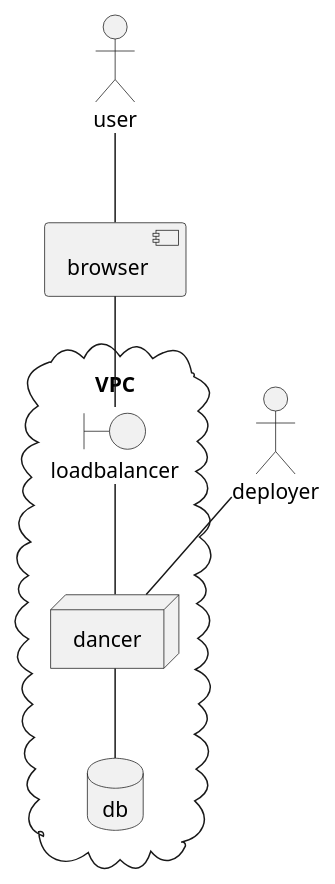
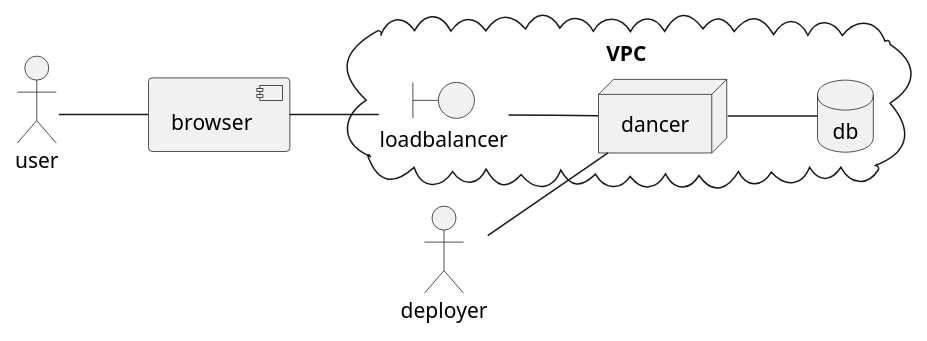
The diagram in src/main/jbake/content/documentation/index.adoc (dancier/documentation), drawn with PlantUML before and after one commit. The commit also changed 1 other file, not shown here.

Commit message:
changed layout

```diff
--- a/src/main/jbake/content/documentation/index.adoc
+++ b/src/main/jbake/content/documentation/index.adoc
@@ -20,19 +20,20 @@
 [plantuml]
 ....
 @startuml
+left to right direction
 actor user
 actor deployer
 component browser
 cloud VPC {
    database db
    boundary loadbalancer
    node dancer
 
 }
 user -- browser
 browser -- loadbalancer
 loadbalancer -- dancer
 dancer -- db
 deployer -- dancer
 @enduml
 ....
```
